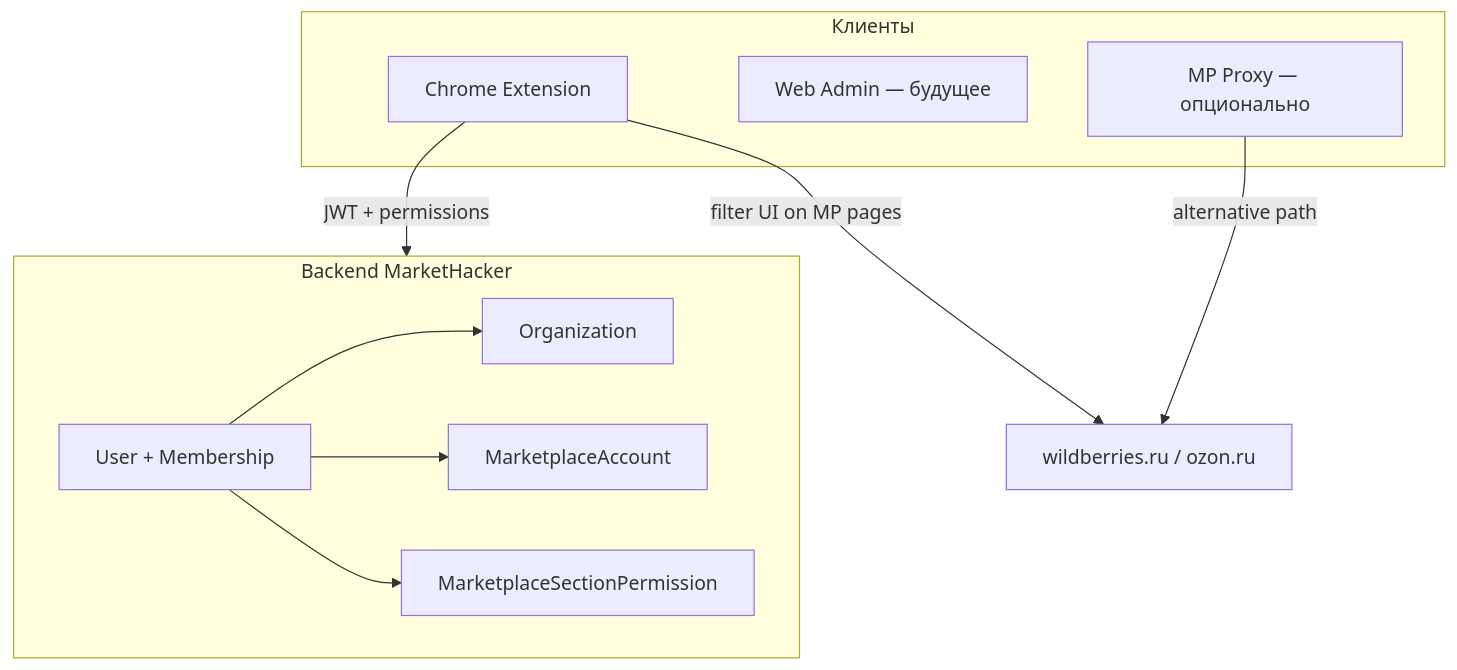
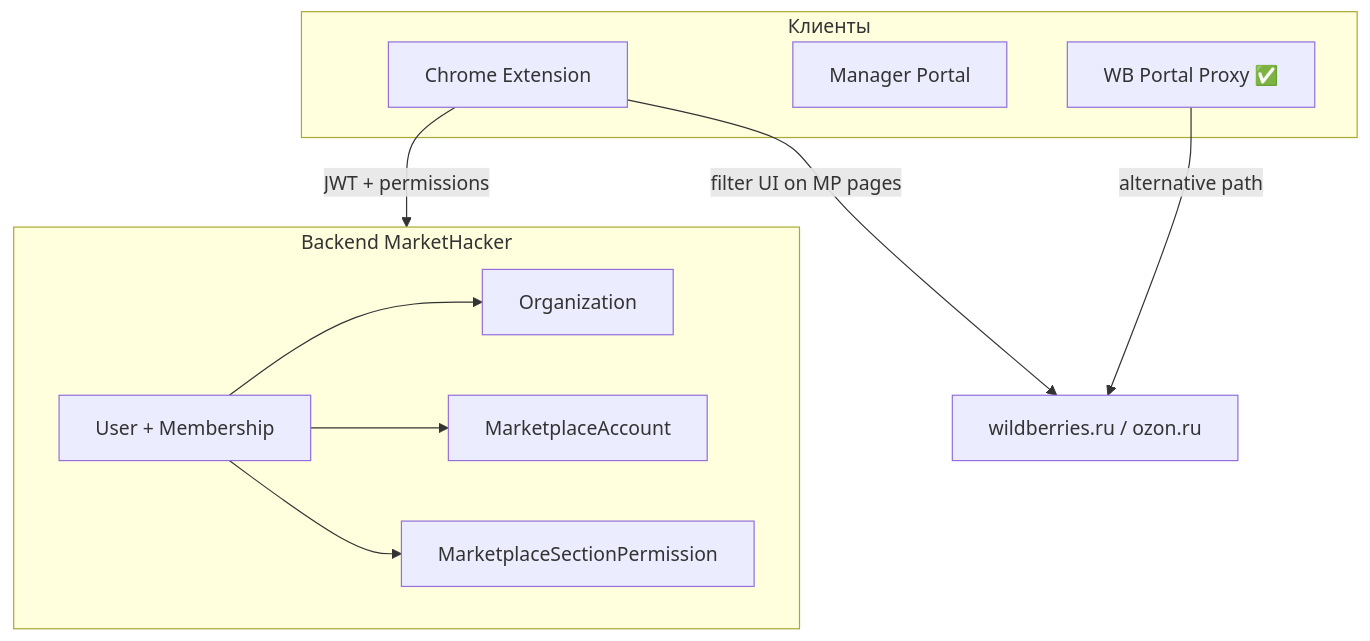
Before and after one commit to MarketHackerLabs/docs: the third of 3 diagrams in architecture/marketplace-access-model.md, drawn with Mermaid. The commit also changed other lines of this file and 3 other files, not shown here.

Commit message:
Обновить документацию проекта MarketHacker: изменить описание платформы в README.md, добавить информацию о WB Portal Proxy и его компонентах в архитектурные документы, а также обновить топологию и переменные окружения для продакшн-среды.

````diff
--- a/architecture/marketplace-access-model.md
+++ b/architecture/marketplace-access-model.md
@@ -202,22 +201,22 @@
 ```mermaid
 flowchart TB
     subgraph backend [Backend MarketHacker]
         ORG[Organization]
         USER[User + Membership]
         MPA[MarketplaceAccount]
         MPR[MarketplaceSectionPermission]
     end
 
     subgraph clients [Клиенты]
         EXT[Chrome Extension]
-        WEB[Web Admin — будущее]
-        PROXY[MP Proxy — опционально]
+        WEB[Manager Portal]
+        PROXY[WB Portal Proxy ✅]
     end
 
     USER --> ORG
     USER --> MPA
     USER --> MPR
     EXT -->|JWT + permissions| backend
     EXT -->|filter UI on MP pages| MP[wildberries.ru / ozon.ru]
     PROXY -->|alternative path| MP
 ```
````
